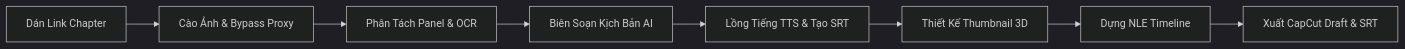
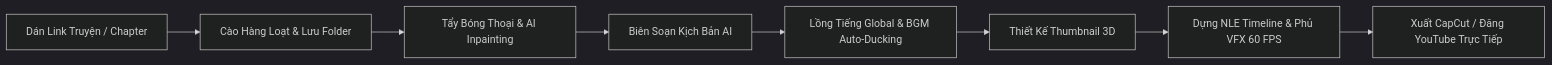
One commit to Tunaanhgamedev/TunaMagaRecap changed the diagram in README.md. Above: the diagram before and after it, drawn with Mermaid (dark theme). The commit also changed other lines of this file, not shown here.

Commit message:
docs: update README.md with batch chapter scanner, audio ducking, inpainting, vfx, global dubbing and YouTube publisher

````diff
--- a/README.md
+++ b/README.md
@@ -169,10 +165,10 @@
 ```mermaid
 flowchart LR
-    A[Dán Link Chapter] --> B[Cào Ảnh & Bypass Proxy]
-    B --> C[Phân Tách Panel & OCR]
+    A[Dán Link Truyện / Chapter] --> B[Cào Hàng Loạt & Lưu Folder]
+    B --> C[Tẩy Bóng Thoại & AI Inpainting]
     C --> D[Biên Soạn Kịch Bản AI]
-    D --> E[Lồng Tiếng TTS & Tạo SRT]
+    D --> E[Lồng Tiếng Global & BGM Auto-Ducking]
     E --> F[Thiết Kế Thumbnail 3D]
-    F --> G[Dựng NLE Timeline]
-    G --> H[Xuất CapCut Draft & SRT]
+    F --> G[Dựng NLE Timeline & Phủ VFX 60 FPS]
+    G --> H[Xuất CapCut / Đăng YouTube Trực Tiếp]
 ```
````
